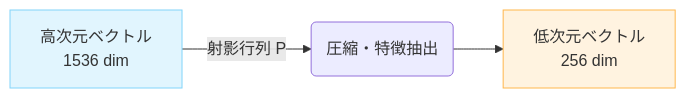
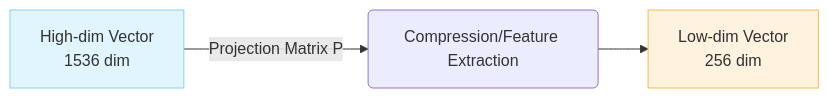
One commit to daiki-moritake/warpvector changed the second of 3 diagrams in docs/1-core-adapters.md. Above: the diagram before and after it, drawn with Mermaid. The commit also changed other lines of this file and 47 other files, not shown here.

````diff
--- a/docs/1-core-adapters.md
+++ b/docs/1-core-adapters.md
@@ -57,8 +57,8 @@
 ```mermaid
 graph LR
-    X[高次元ベクトル<br>1536 dim] -->|射影行列 P| M(圧縮・特徴抽出)
-    M --> Y[低次元ベクトル<br>256 dim]
+    X[High-dim Vector<br>1536 dim] -->|Projection Matrix P| M(Compression/Feature Extraction)
+    M --> Y[Low-dim Vector<br>256 dim]
     
     style X fill:#e1f5fe,stroke:#81d4fa
     style Y fill:#fff3e0,stroke:#ffb74d
 ```
````
